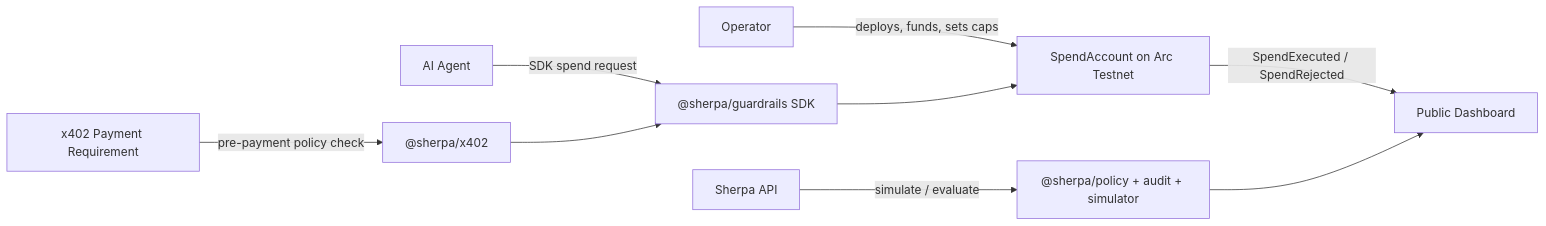
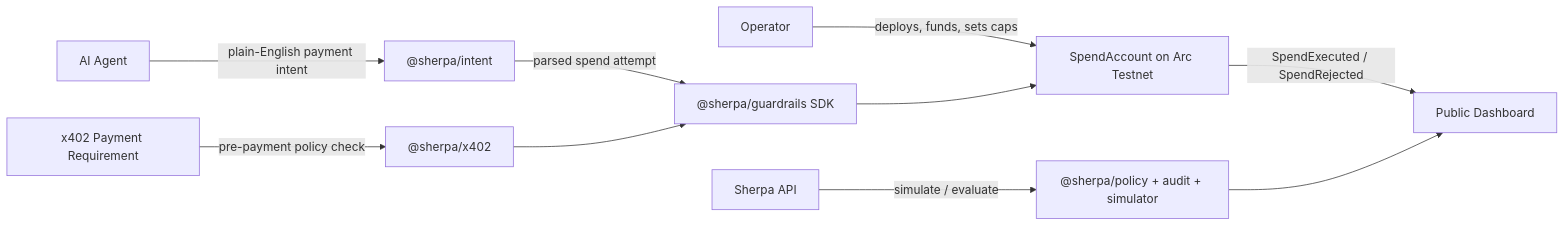
Before and after one commit to gnanam1990/sherpa-guardrails: the diagram in docs/SHERPA_PRD_v1.md, drawn with Mermaid. The commit also changed other lines of this file and 18 other files, not shown here.

Commit message:
feat: add agent payment intent flow

````diff
--- a/docs/SHERPA_PRD_v1.md
+++ b/docs/SHERPA_PRD_v1.md
@@ -99,11 +100,12 @@
 ```mermaid
 flowchart LR
   Operator["Operator"] -->|"deploys, funds, sets caps"| Contract["SpendAccount on Arc Testnet"]
-  Agent["AI Agent"] -->|"SDK spend request"| SDK["@sherpa/guardrails SDK"]
+  Agent["AI Agent"] -->|"plain-English payment intent"| Intent["@sherpa/intent"]
+  Intent -->|"parsed spend attempt"| SDK["@sherpa/guardrails SDK"]
   X402["x402 Payment Requirement"] -->|"pre-payment policy check"| X402Pkg["@sherpa/x402"]
   API["Sherpa API"] -->|"simulate / evaluate"| Policy["@sherpa/policy + audit + simulator"]
   SDK --> Contract
   X402Pkg --> SDK
   Contract -->|"SpendExecuted / SpendRejected"| Dashboard["Public Dashboard"]
   Policy --> Dashboard
 ```
````
